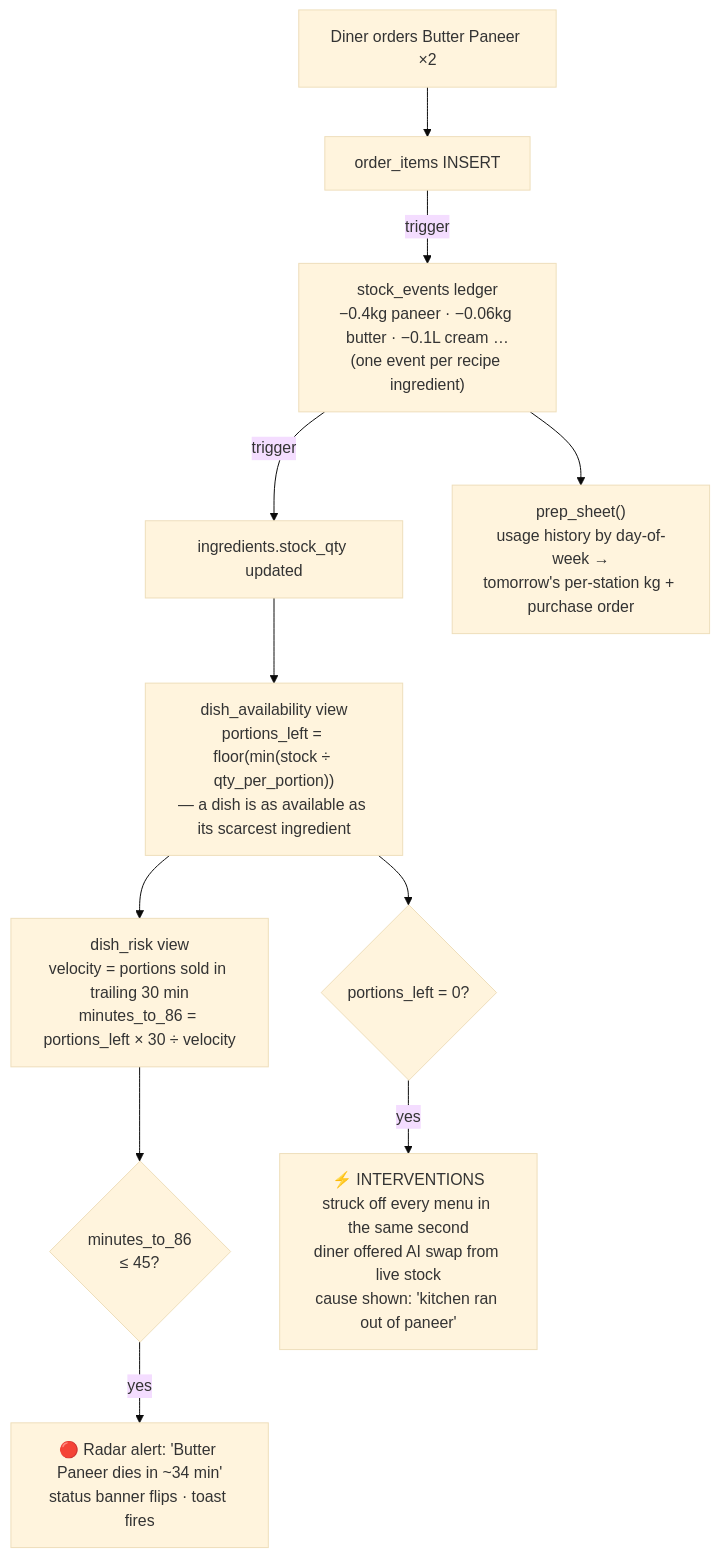
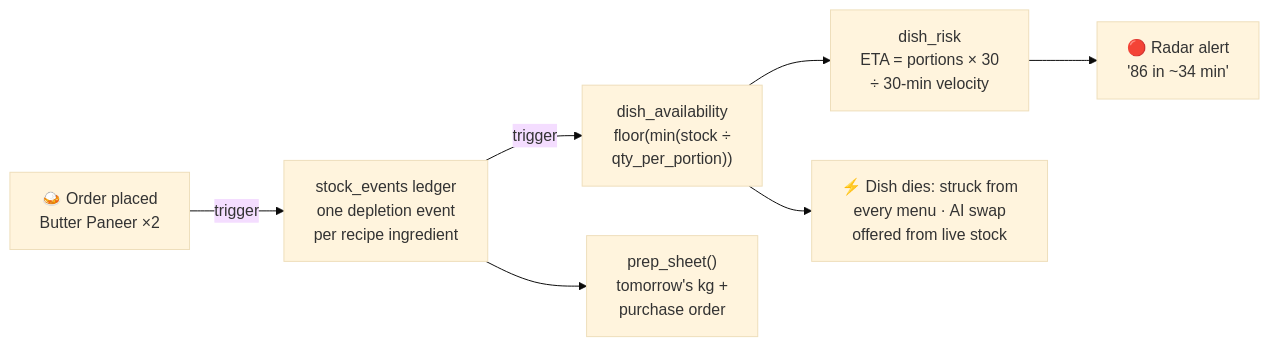
Before and after one commit to uttampreet-dev/EightySix: the second of 2 diagrams in README.md, drawn with Mermaid (base theme). The commit also changed other lines of this file, not shown here.

````diff
--- a/README.md
+++ b/README.md
@@ -70,13 +70,9 @@
 ```mermaid
-flowchart TD
-    A["Diner orders Butter Paneer ×2"] --> B["order_items INSERT"]
-    B -->|trigger| C["stock_events ledger<br/>−0.4kg paneer · −0.06kg butter · −0.1L cream …<br/>(one event per recipe ingredient)"]
-    C -->|trigger| D["ingredients.stock_qty updated"]
-    D --> E["dish_availability view<br/>portions_left = floor(min(stock ÷ qty_per_portion))<br/>— a dish is as available as its scarcest ingredient"]
-    E --> F["dish_risk view<br/>velocity = portions sold in trailing 30 min<br/>minutes_to_86 = portions_left × 30 ÷ velocity"]
-    F --> G{"minutes_to_86<br/>≤ 45?"}
-    G -->|yes| H["🔴 Radar alert: 'Butter Paneer dies in ~34 min'<br/>status banner flips · toast fires"]
-    E --> I{"portions_left = 0?"}
-    I -->|yes| J["⚡ INTERVENTIONS<br/>struck off every menu in the same second<br/>diner offered AI swap from live stock<br/>cause shown: 'kitchen ran out of paneer'"]
-    C --> K["prep_sheet()<br/>usage history by day-of-week →<br/>tomorrow's per-station kg + purchase order"]
+flowchart LR
+    A["🍛 Order placed<br/>Butter Paneer ×2"] -->|trigger| B["stock_events ledger<br/>one depletion event<br/>per recipe ingredient"]
+    B -->|trigger| C["dish_availability<br/>floor(min(stock ÷<br/>qty_per_portion))"]
+    C --> D["dish_risk<br/>ETA = portions × 30<br/>÷ 30-min velocity"]
+    D --> E["🔴 Radar alert<br/>'86 in ~34 min'"]
+    C --> F["⚡ Dish dies: struck from<br/>every menu · AI swap<br/>offered from live stock"]
+    B --> G["prep_sheet()<br/>tomorrow's kg +<br/>purchase order"]
 ```
````
